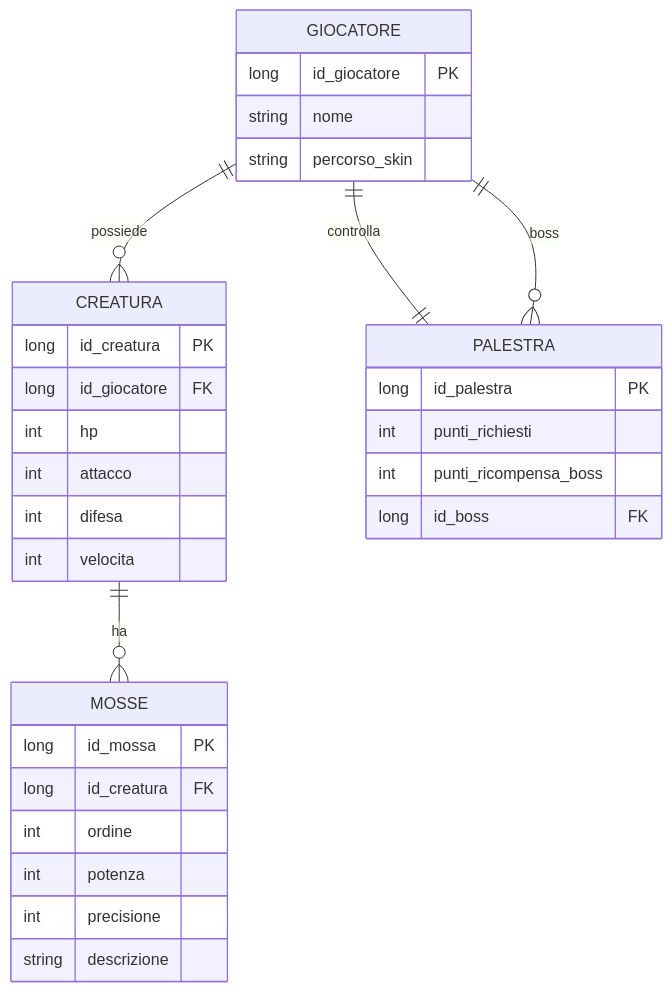
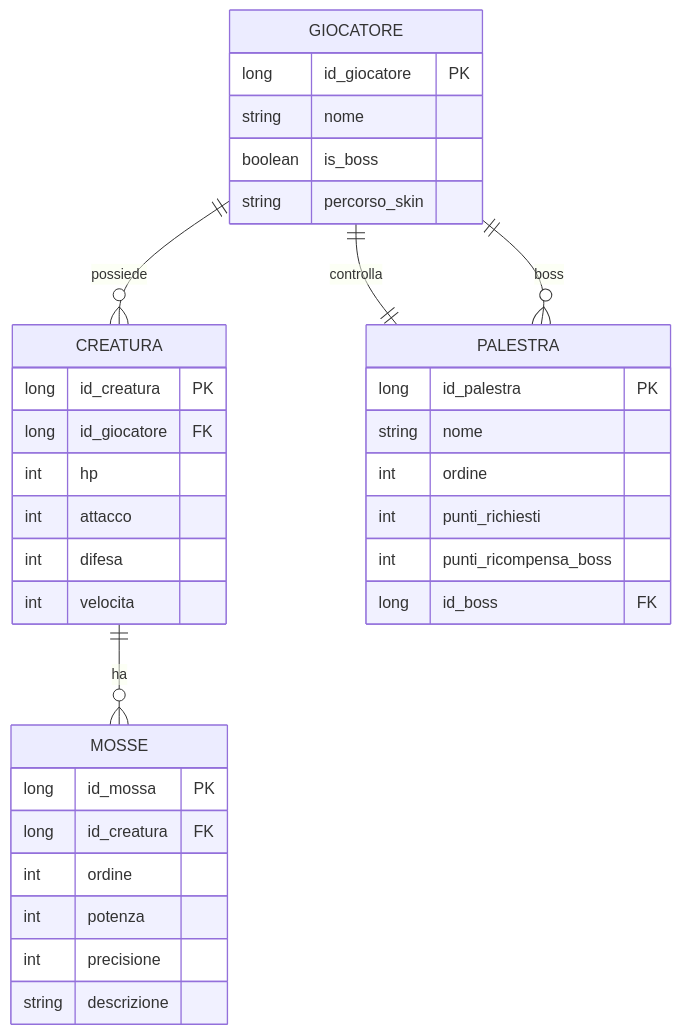
Before and after one commit to ValerioGiglio04/rpg-MPGC: the second of 2 diagrams in .github/wiki-pages/Dati-e-persistenza.md, drawn with Mermaid. The commit also changed other lines of this file and 6 other files, not shown here.

````diff
--- a/.github/wiki-pages/Dati-e-persistenza.md
+++ b/.github/wiki-pages/Dati-e-persistenza.md
@@ -216,35 +216,38 @@
 ```mermaid
 %%{init: {'flowchart': {'curve': 'stepAfter'}}}%%
 erDiagram
   GIOCATORE ||--o{ CREATURA : possiede
   CREATURA ||--o{ MOSSE : ha
   GIOCATORE ||--|| PALESTRA : controlla
   PALESTRA }o--|| GIOCATORE : boss
   GIOCATORE {
     long id_giocatore PK
     string nome
+    boolean is_boss
     string percorso_skin
   }
   CREATURA {
     long id_creatura PK
     long id_giocatore FK
     int hp
     int attacco
     int difesa
     int velocita
   }
   MOSSE {
     long id_mossa PK
     long id_creatura FK
     int ordine
     int potenza
     int precisione
     string descrizione
   }
   PALESTRA {
     long id_palestra PK
+    string nome
+    int ordine
     int punti_richiesti
     int punti_ricompensa_boss
     long id_boss FK
   }
 ```
````
